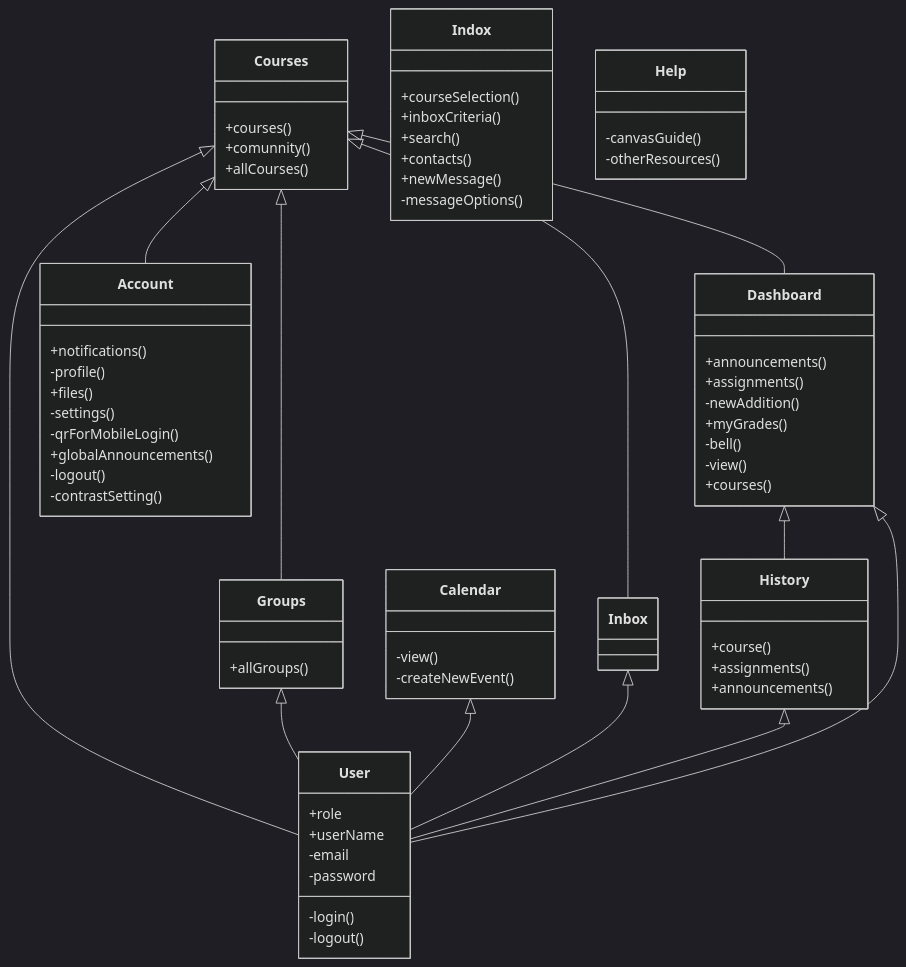
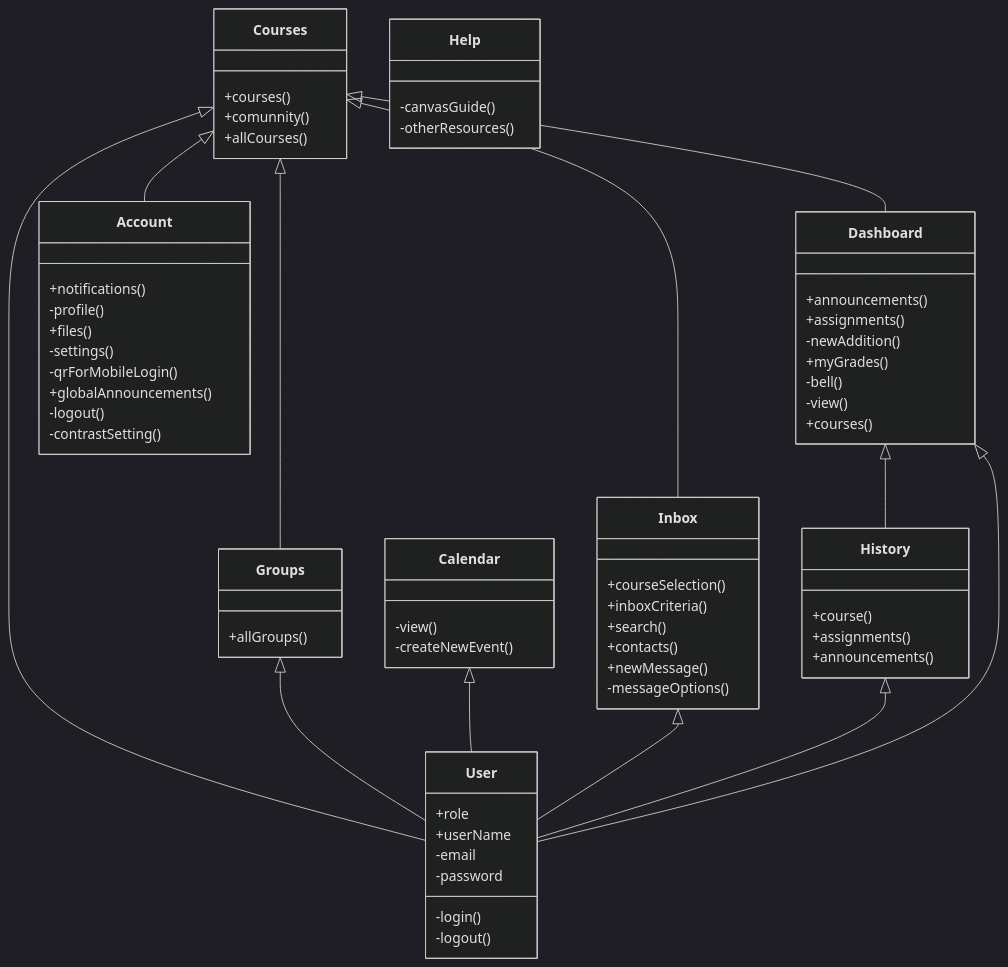
The diagram in DomainModel/markdown.md (justyn-fox/CanvasDomainModel), drawn with Mermaid (dark theme) before and after one commit.

Commit message:
Fix spelling

```diff
--- a/DomainModel/markdown.md
+++ b/DomainModel/markdown.md
@@ -56,7 +56,7 @@
 
     }
 
-    class Indox {
+    class Inbox {
         +courseSelection()
         +inboxCriteria()
         +search()
```
